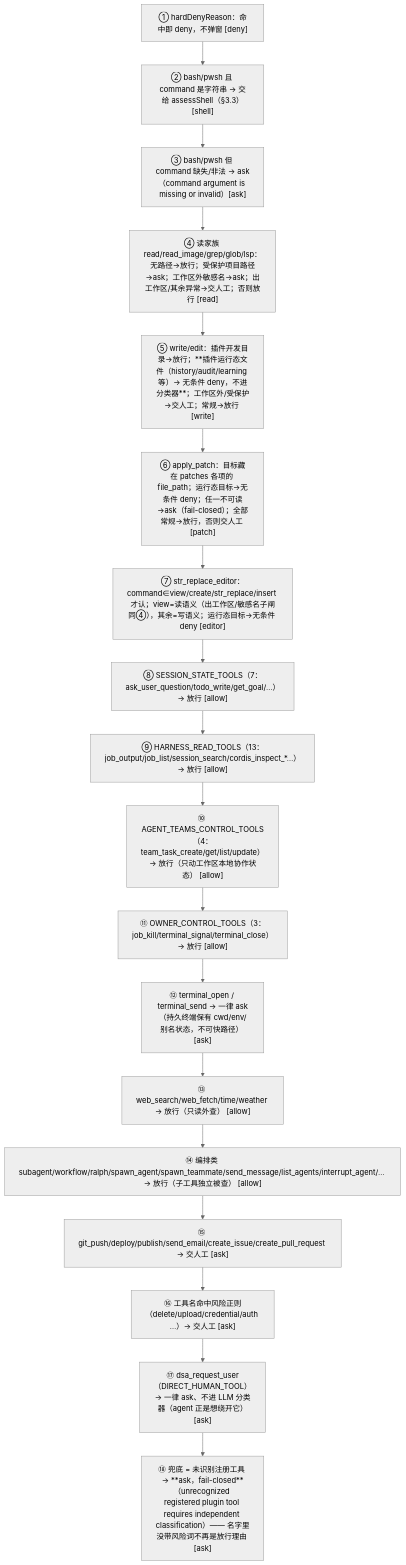
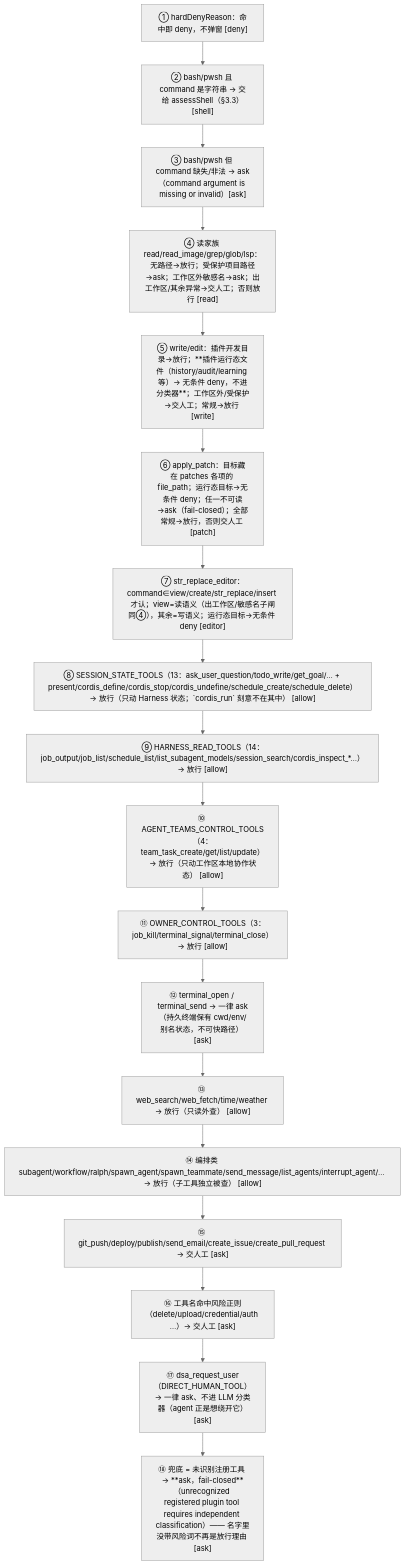
One commit to cuddly-guacamole/dsh-auto-approval-llm changed the first of 3 diagrams in docs/03-static-engine.md. Above: the diagram before and after it, drawn with Mermaid (neutral theme). The commit also changed 8 other files, not shown here.

First line of the commit message:
feat(auto): take the harmless registered tools into the allow families

````diff
--- a/docs/03-static-engine.md
+++ b/docs/03-static-engine.md
@@ -30,21 +30,21 @@
 ```mermaid
 flowchart TD
     A1["① hardDenyReason：命中即 deny，不弹窗 [deny]"]
     A1 --> A2["② bash/pwsh 且 command 是字符串 → 交给 assessShell（§3.3）[shell]"]
     A2 --> A3["③ bash/pwsh 但 command 缺失/非法 → ask（command argument is missing or invalid）[ask]"]
     A3 --> A4["④ 读家族 read/read_image/grep/glob/lsp：无路径→放行；受保护项目路径→ask；工作区外敏感名→ask；出工作区/其余异常→交人工；否则放行 [read]"]
     A4 --> A5["⑤ write/edit：插件开发目录→放行；**插件运行态文件（history/audit/learning 等）→ 无条件 deny，不进分类器**；工作区外/受保护→交人工；常规→放行 [write]"]
     A5 --> A6["⑥ apply_patch：目标藏在 patches 各项的 file_path；运行态目标→无条件 deny；任一不可读→ask（fail-closed）；全部常规→放行，否则交人工 [patch]"]
     A6 --> A7["⑦ str_replace_editor：command∈view/create/str_replace/insert 才认；view=读语义（出工作区/敏感名子闸同④），其余=写语义；运行态目标→无条件 deny [editor]"]
-    A7 --> A8["⑧ SESSION_STATE_TOOLS（7：ask_user_question/todo_write/get_goal/…）→ 放行 [allow]"]
-    A8 --> A9["⑨ HARNESS_READ_TOOLS（13：job_output/job_list/session_search/cordis_inspect_*…）→ 放行 [allow]"]
+    A7 --> A8["⑧ SESSION_STATE_TOOLS（13：ask_user_question/todo_write/get_goal/… + present/cordis_define/cordis_stop/cordis_undefine/schedule_create/schedule_delete）→ 放行（只动 Harness 状态；`cordis_run` 刻意不在其中） [allow]"]
+    A8 --> A9["⑨ HARNESS_READ_TOOLS（14：job_output/job_list/schedule_list/list_subagent_models/session_search/cordis_inspect_*…）→ 放行 [allow]"]
     A9 --> A10["⑩ AGENT_TEAMS_CONTROL_TOOLS（4：team_task_create/get/list/update）→ 放行（只动工作区本地协作状态） [allow]"]
     A10 --> A11["⑪ OWNER_CONTROL_TOOLS（3：job_kill/terminal_signal/terminal_close）→ 放行 [allow]"]
     A11 --> A12["⑫ terminal_open / terminal_send → 一律 ask（持久终端保有 cwd/env/别名状态，不可快路径） [ask]"]
     A12 --> A13["⑬ web_search/web_fetch/time/weather → 放行（只读外查） [allow]"]
     A13 --> A14["⑭ 编排类 subagent/workflow/ralph/spawn_agent/spawn_teammate/send_message/list_agents/interrupt_agent/… → 放行（子工具独立被查） [allow]"]
     A14 --> A15["⑮ git_push/deploy/publish/send_email/create_issue/create_pull_request → 交人工 [ask]"]
     A15 --> A16["⑯ 工具名命中风险正则（delete/upload/credential/auth …）→ 交人工 [ask]"]
     A16 --> A17["⑰ dsa_request_user（DIRECT_HUMAN_TOOL）→ 一律 ask、不进 LLM 分类器（agent 正是想绕开它）[ask]"]
     A17 --> A18["⑱ 兜底 = 未识别注册工具 → **ask，fail-closed**（unrecognized registered plugin tool requires independent classification）—— 名字里没带风险词不再是放行理由 [ask]"]
 ```
````
